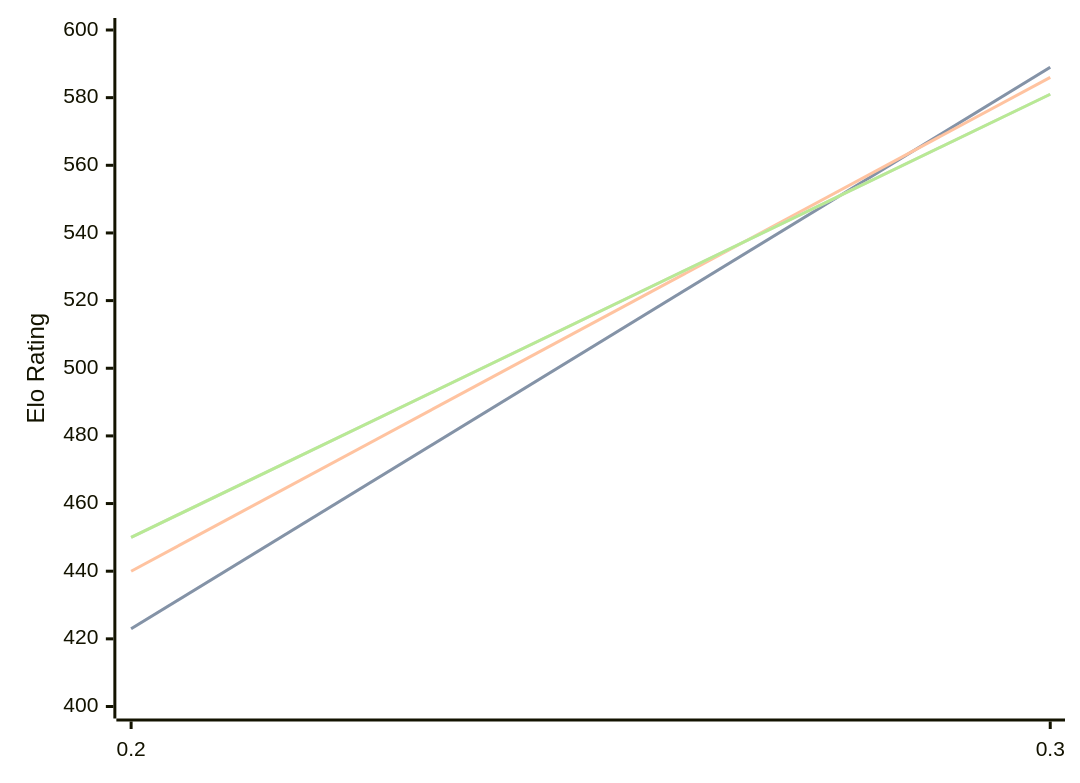
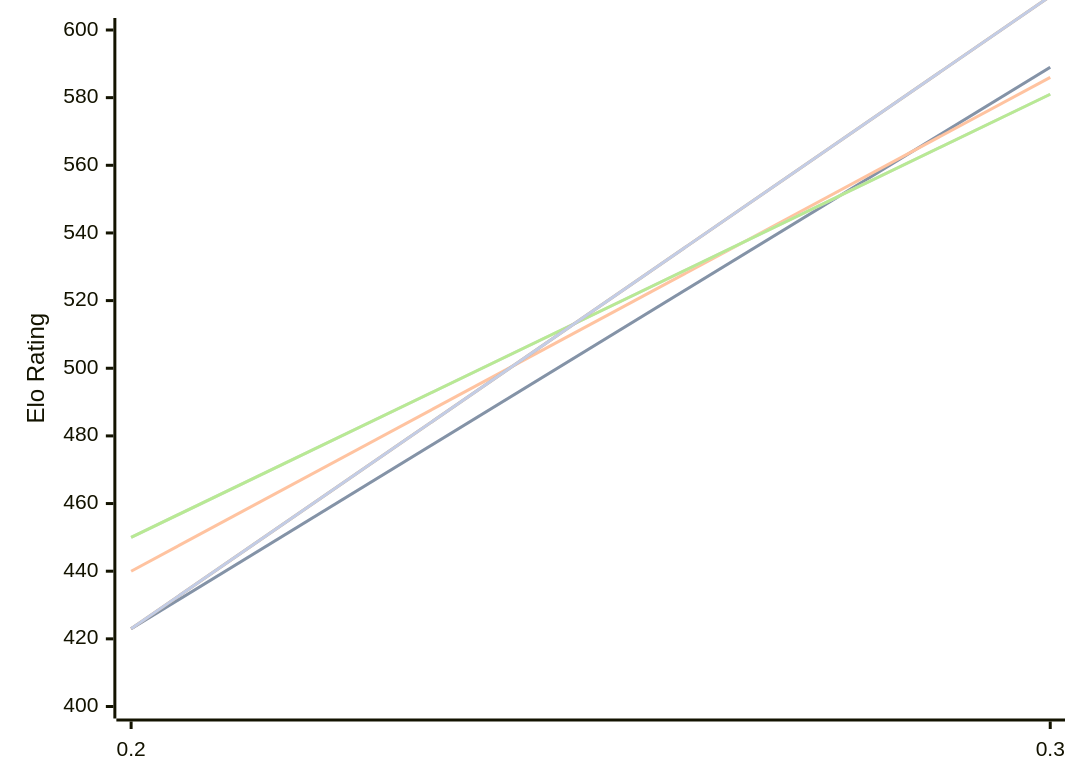
The diagram in engines/Magpie.md (computer-chess-index/cci), drawn with Mermaid before and after one commit. The commit also changed other lines of this file, not shown here.

Commit message:
Update CCI Ratings (ELO VLTC) - 2026-10-11

````diff
--- a/engines/Magpie.md
+++ b/engines/Magpie.md
@@ -48,16 +48,13 @@
 ```mermaid
 %%{init: {"theme":"base","themeVariables":{"seriesColors:['#a3a3a3','#222221','#faa371']}}}%%
 xychart-beta
   x-axis ["0.2", "0.3"]
   y-axis "Elo Rating" 400 --> 600
   line "" [423, 589]
   line "T1: STC (8.0+0.08s)" [423, 589]
   line "T1: LTC (60.0+0.60s)" [440, 586]
   line "" [450, 581]
   line "T1: VLTC (2m24s+1.12s)" [450, 581]
-  line "" [618]
-  line "E1: STC (8.0+0.08s)" [618]
-  line "E1: LTC (60.0+0.60s)" [606]
-  line "" [581]
-  line "E1: VLTC (2m24s+1.12s)" [581]
+  line "" [423,610]
+  line "E1: STC (8.0+0.08s)" [423,610]
 ```
````
